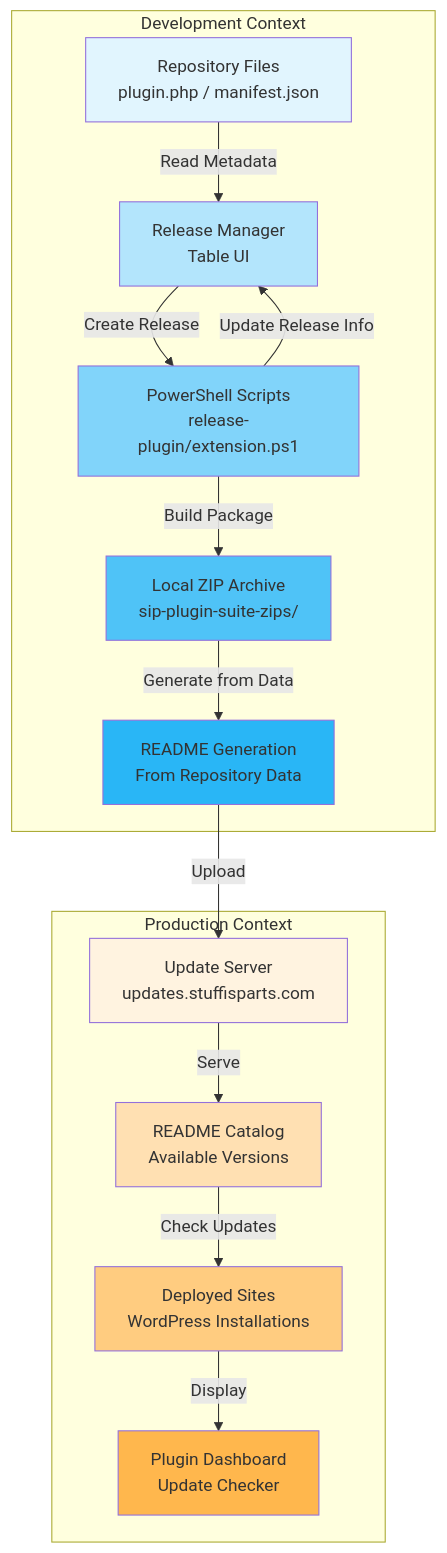
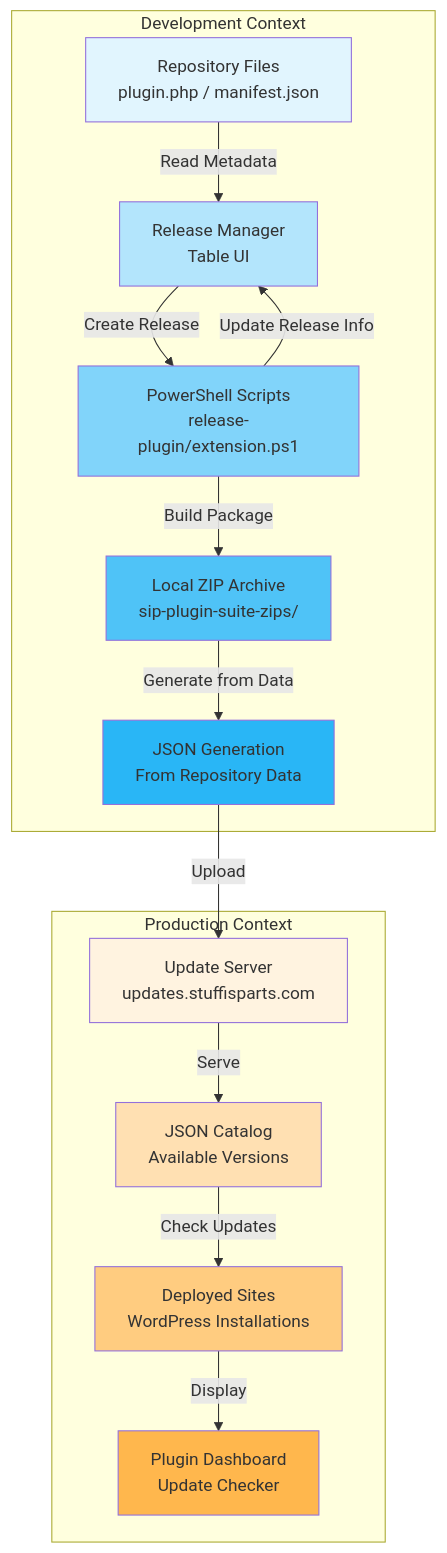
The diagram in guidelines/sip-development-release-mgmt.md (tdemelle-SiP/.claude), drawn with Mermaid before and after one commit. The commit also changed other lines of this file and 1 other file, not shown here.

First line of the commit message:
docs: Replace README parsing with releases.json for update distribution

````diff
--- a/guidelines/sip-development-release-mgmt.md
+++ b/guidelines/sip-development-release-mgmt.md
@@ -82,38 +82,38 @@
 ```mermaid
 graph TB
     subgraph "Development Context"
         RF[Repository Files<br/>plugin.php / manifest.json] 
         RM[Release Manager<br/>Table UI]
         PS[PowerShell Scripts<br/>release-plugin/extension.ps1]
         LZ[Local ZIP Archive<br/>sip-plugin-suite-zips/]
-        RG[README Generation<br/>From Repository Data]
+        RG[JSON Generation<br/>From Repository Data]
         
         RF -->|Read Metadata| RM
         RM -->|Create Release| PS
         PS -->|Build Package| LZ
         PS -->|Update Release Info| RM
         LZ -->|Generate from Data| RG
     end
     
     subgraph "Production Context"
         US[Update Server<br/>updates.stuffisparts.com]
-        RC[README Catalog<br/>Available Versions]
+        RC[JSON Catalog<br/>Available Versions]
         DS[Deployed Sites<br/>WordPress Installations]
         PD[Plugin Dashboard<br/>Update Checker]
         
         RG -->|Upload| US
         US -->|Serve| RC
         RC -->|Check Updates| DS
         DS -->|Display| PD
     end
     
     style RF fill:#e1f5fe
     style RM fill:#b3e5fc
     style PS fill:#81d4fa
     style LZ fill:#4fc3f7
     style RG fill:#29b6f6
     style US fill:#fff3e0
     style RC fill:#ffe0b2
     style DS fill:#ffcc80
     style PD fill:#ffb74d
 ```
````
